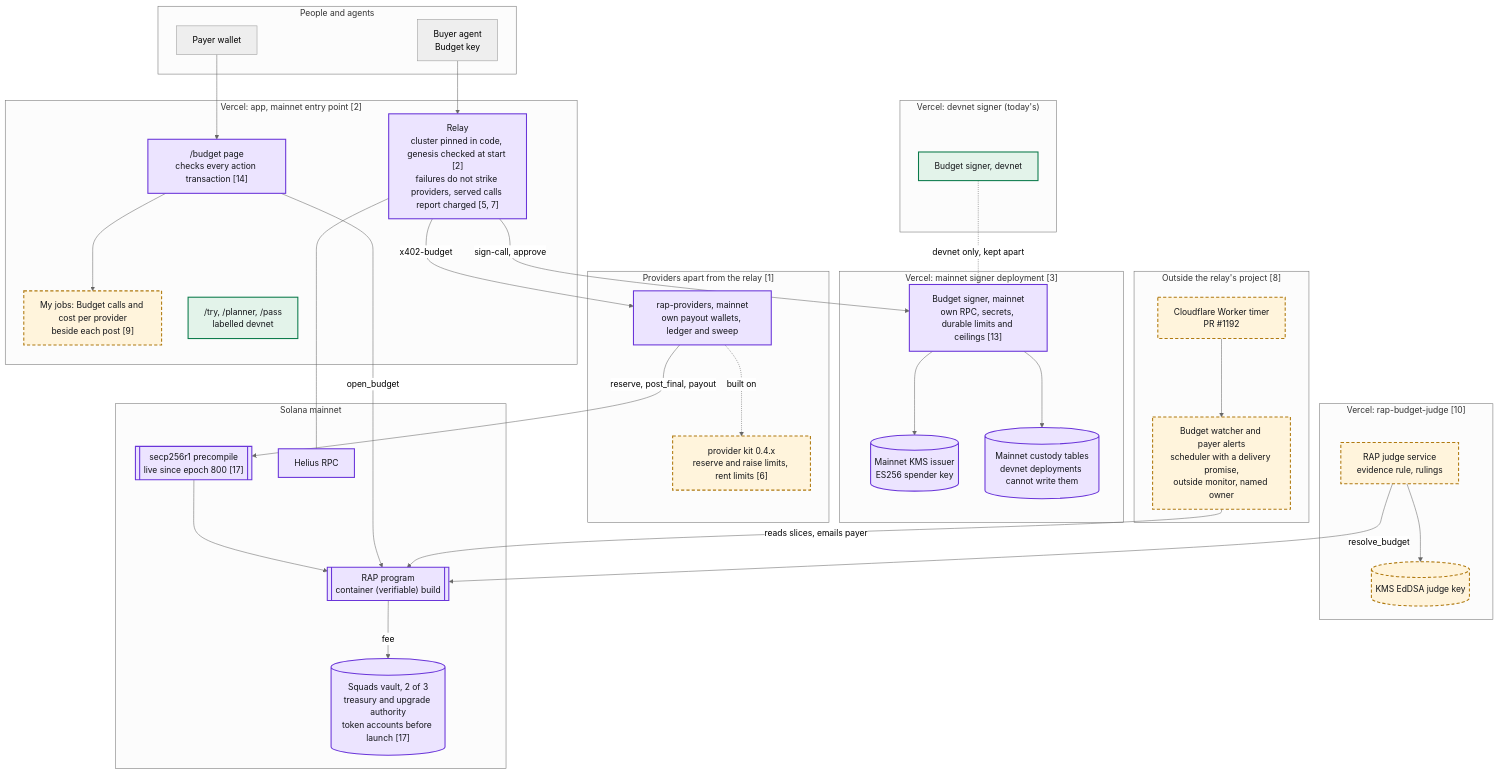
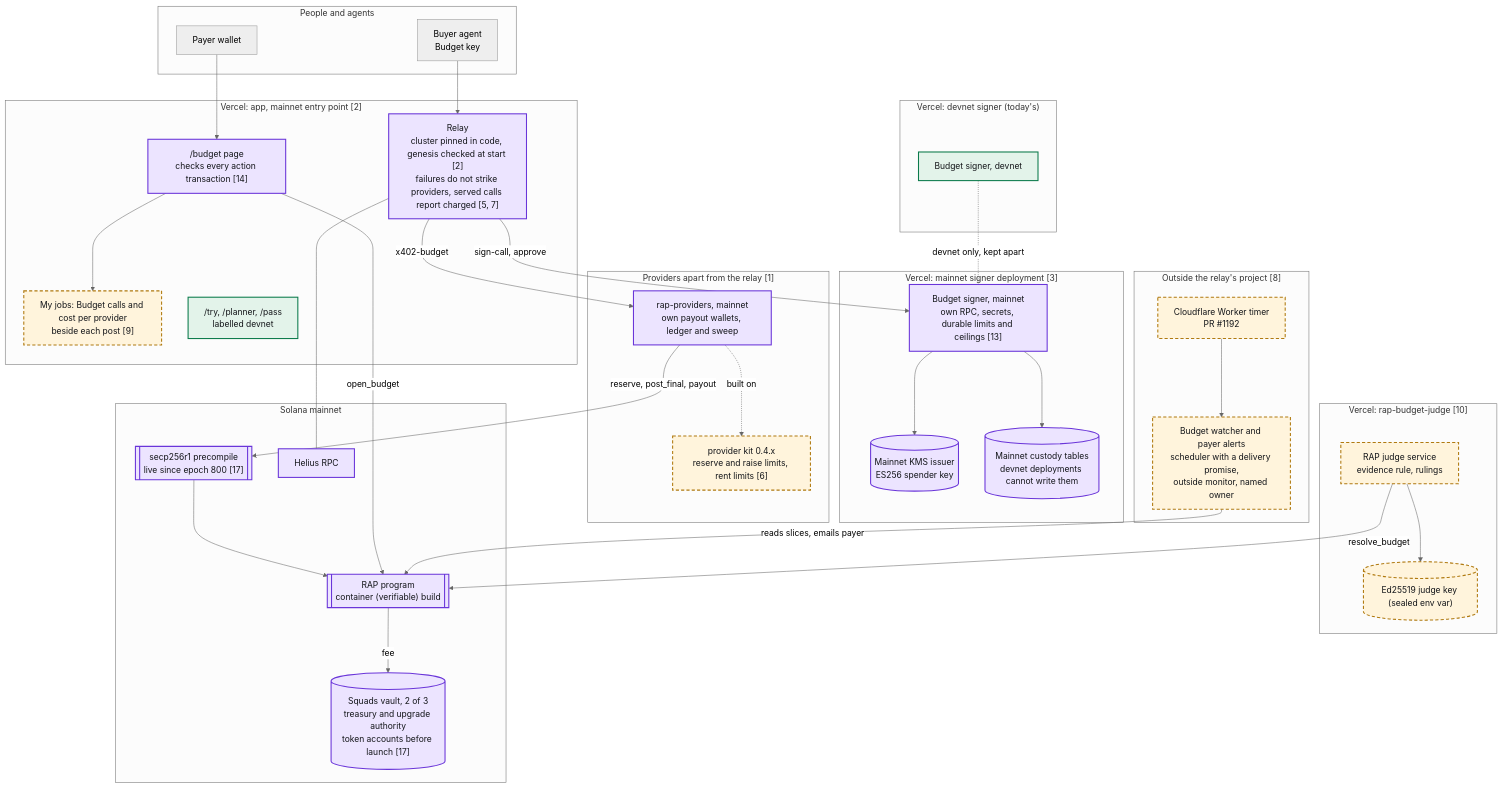
Before and after one commit to nissan/reddi-agent-protocol: the first of 2 diagrams in docs/architecture/02-mainnet-target-layout.md, drawn with Mermaid (neutral theme). The commit also changed 9 other files, not shown here.

First line of the commit message:
Budget judge: hold the key in a sealed env var (Vercel KMS has no Ed25519)

````diff
--- a/docs/architecture/02-mainnet-target-layout.md
+++ b/docs/architecture/02-mainnet-target-layout.md
@@ -9,70 +9,70 @@
 ```mermaid
 flowchart TB
   subgraph people["People and agents"]
     payer["Payer wallet"]
     agent["Buyer agent<br/>Budget key"]
   end
 
   subgraph relayProj["Vercel: app, mainnet entry point [2]"]
     page["/budget page<br/>checks every action transaction [14]"]:::launch
     relay["Relay<br/>cluster pinned in code, genesis checked at start [2]<br/>failures do not strike providers, served calls report charged [5, 7]"]:::launch
     jobs["My jobs: Budget calls and cost per provider<br/>beside each post [9]"]:::inflight
     perCall["/try, /planner, /pass<br/>labelled devnet"]:::live
   end
 
   subgraph signerMain["Vercel: mainnet signer deployment [3]"]
     signerM["Budget signer, mainnet<br/>own RPC, secrets, durable limits and ceilings [13]"]:::launch
     kmsM[("Mainnet KMS issuer<br/>ES256 spender key")]:::launch
     dbM[("Mainnet custody tables<br/>devnet deployments cannot write them")]:::launch
   end
 
   subgraph signerDev["Vercel: devnet signer (today's)"]
     signerD["Budget signer, devnet"]:::live
   end
 
   subgraph watchProj["Outside the relay's project [8]"]
     watch["Budget watcher and payer alerts<br/>scheduler with a delivery promise,<br/>outside monitor, named owner"]:::inflight
     worker["Cloudflare Worker timer<br/>PR #1192"]:::inflight
   end
 
   subgraph provMain["Providers apart from the relay [1]"]
     rapProvM["rap-providers, mainnet<br/>own payout wallets, ledger and sweep"]:::launch
     kitM["provider kit 0.4.x<br/>reserve and raise limits, rent limits [6]"]:::inflight
   end
 
   subgraph judgeProj["Vercel: rap-budget-judge [10]"]
     judge["RAP judge service<br/>evidence rule, rulings"]:::inflight
-    kmsJ[("KMS EdDSA judge key")]:::inflight
+    kmsJ[("Ed25519 judge key (sealed env var)")]:::inflight
   end
 
   subgraph chain["Solana mainnet"]
     program[["RAP program<br/>container (verifiable) build"]]:::launch
     secp[["secp256r1 precompile<br/>live since epoch 800 [17]"]]:::launch
     vault[("Squads vault, 2 of 3<br/>treasury and upgrade authority<br/>token accounts before launch [17]")]:::launch
     helius["Helius RPC"]:::launch
   end
 
   payer --> page
   agent --> relay
   relay -->|"sign-call, approve"| signerM
   signerM --> kmsM
   signerM --> dbM
   relay -->|"x402-budget"| rapProvM
   rapProvM -. built on .-> kitM
   worker --> watch
   watch -->|"reads slices, emails payer"| program
   judge --> kmsJ
   judge -->|"resolve_budget"| program
   page -->|"open_budget"| program
   rapProvM -->|"reserve, post_final, payout"| secp
   secp --> program
   program -->|"fee"| vault
   relay --- helius
   signerD -. "devnet only, kept apart" .- signerM
   page --> jobs
 
   classDef live fill:#e3f3ea,stroke:#0b7a4b,stroke-width:2px,color:#14161a
   classDef launch fill:#ece4ff,stroke:#6a35d9,stroke-width:2px,color:#14161a
   classDef inflight fill:#fff4dc,stroke:#b07a10,stroke-width:2px,stroke-dasharray:6 4,color:#14161a
   classDef later fill:#f4f0e6,stroke:#9a978c,stroke-width:1px,stroke-dasharray:3 3,color:#5a5d57
 ```
````
